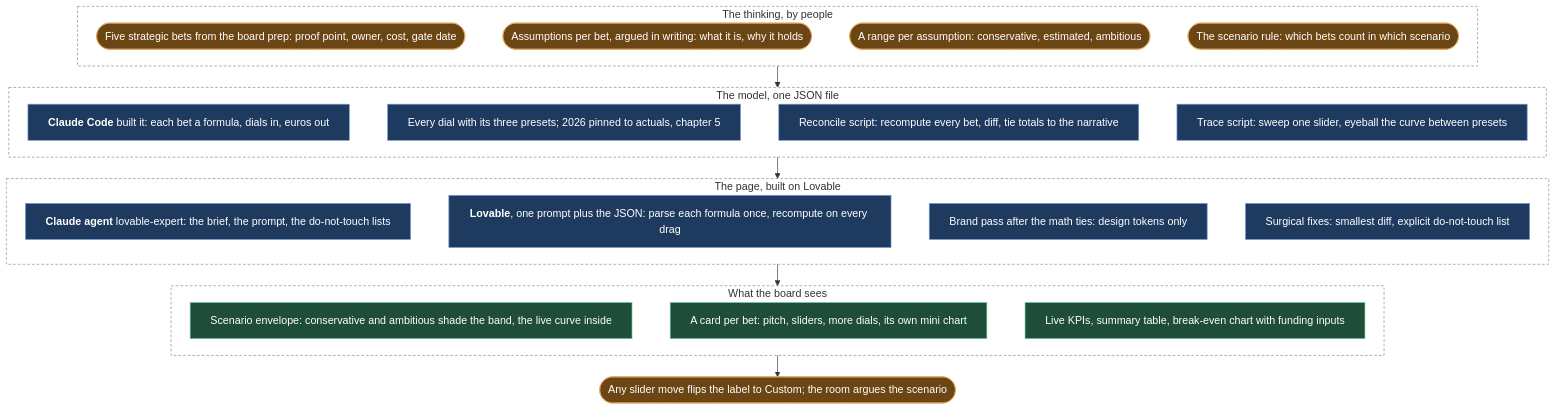
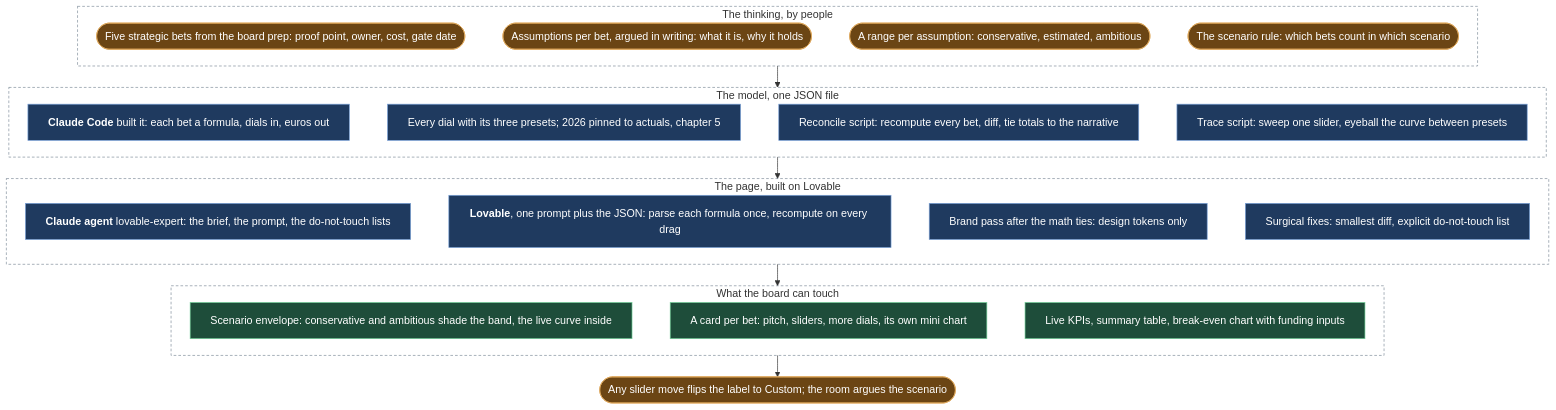
Before and after one commit to nunomnferreirapt/ai-operated-growth-engine: the diagram in evidence/case-studies/06-a-financial-model-the-leadership-team-could-click.md, drawn with Mermaid. The commit also changed other lines of this file, not shown here.

First line of the commit message:
Chapter 6: the five headings tell the sequence, think, model, build, touch, words

````diff
--- a/evidence/case-studies/06-a-financial-model-the-leadership-team-could-click.md
+++ b/evidence/case-studies/06-a-financial-model-the-leadership-team-could-click.md
@@ -11,42 +11,42 @@
 ```mermaid
 %%{init: {"flowchart": {"wrappingWidth": 600, "nodeSpacing": 30, "rankSpacing": 32}}}%%
 flowchart TB
     subgraph TH["The thinking, by people"]
         B1(["Five strategic bets from the board prep: proof point, owner, cost, gate date"]):::human
         B2(["Assumptions per bet, argued in writing: what it is, why it holds"]):::human
         B3(["A range per assumption: conservative, estimated, ambitious"]):::human
         B4(["The scenario rule: which bets count in which scenario"]):::human
         B1 ~~~ B2 ~~~ B3 ~~~ B4
     end
     subgraph MD["The model, one JSON file"]
         J["`**Claude Code** built it: each bet a formula, dials in, euros out`"]:::sys
         PR["Every dial with its three presets; 2026 pinned to actuals, chapter 5"]:::sys
         RC["Reconcile script: recompute every bet, diff, tie totals to the narrative"]:::sys
         TR["Trace script: sweep one slider, eyeball the curve between presets"]:::sys
         J ~~~ PR ~~~ RC ~~~ TR
     end
     TH --> MD
     subgraph PG["The page, built on Lovable"]
         AG["`**Claude agent** lovable-expert: the brief, the prompt, the do-not-touch lists`"]:::sys
         LV["`**Lovable**, one prompt plus the JSON: parse each formula once, recompute on every drag`"]:::sys
         ST["Brand pass after the math ties: design tokens only"]:::sys
         FX["Surgical fixes: smallest diff, explicit do-not-touch list"]:::sys
         AG ~~~ LV ~~~ ST ~~~ FX
     end
     MD --> PG
-    subgraph OUT["What the board sees"]
+    subgraph OUT["What the board can touch"]
         O1["Scenario envelope: conservative and ambitious shade the band, the live curve inside"]:::out
         O2["A card per bet: pitch, sliders, more dials, its own mini chart"]:::out
         O3["Live KPIs, summary table, break-even chart with funding inputs"]:::out
         O1 ~~~ O2 ~~~ O3
     end
     PG --> OUT
     OUT --> RM(["Any slider move flips the label to Custom; the room argues the scenario"]):::human
     classDef sys fill:#1f3a5f,stroke:#7aa2d8,color:#ffffff
     classDef human fill:#6b4514,stroke:#e0a95a,color:#ffffff
     classDef out fill:#1e4d3a,stroke:#6fcf97,color:#ffffff
     style TH fill:transparent,stroke:#7f8c9a,stroke-dasharray:4 3
     style MD fill:transparent,stroke:#7f8c9a,stroke-dasharray:4 3
     style PG fill:transparent,stroke:#7f8c9a,stroke-dasharray:4 3
     style OUT fill:transparent,stroke:#7f8c9a,stroke-dasharray:4 3
 ```
````
